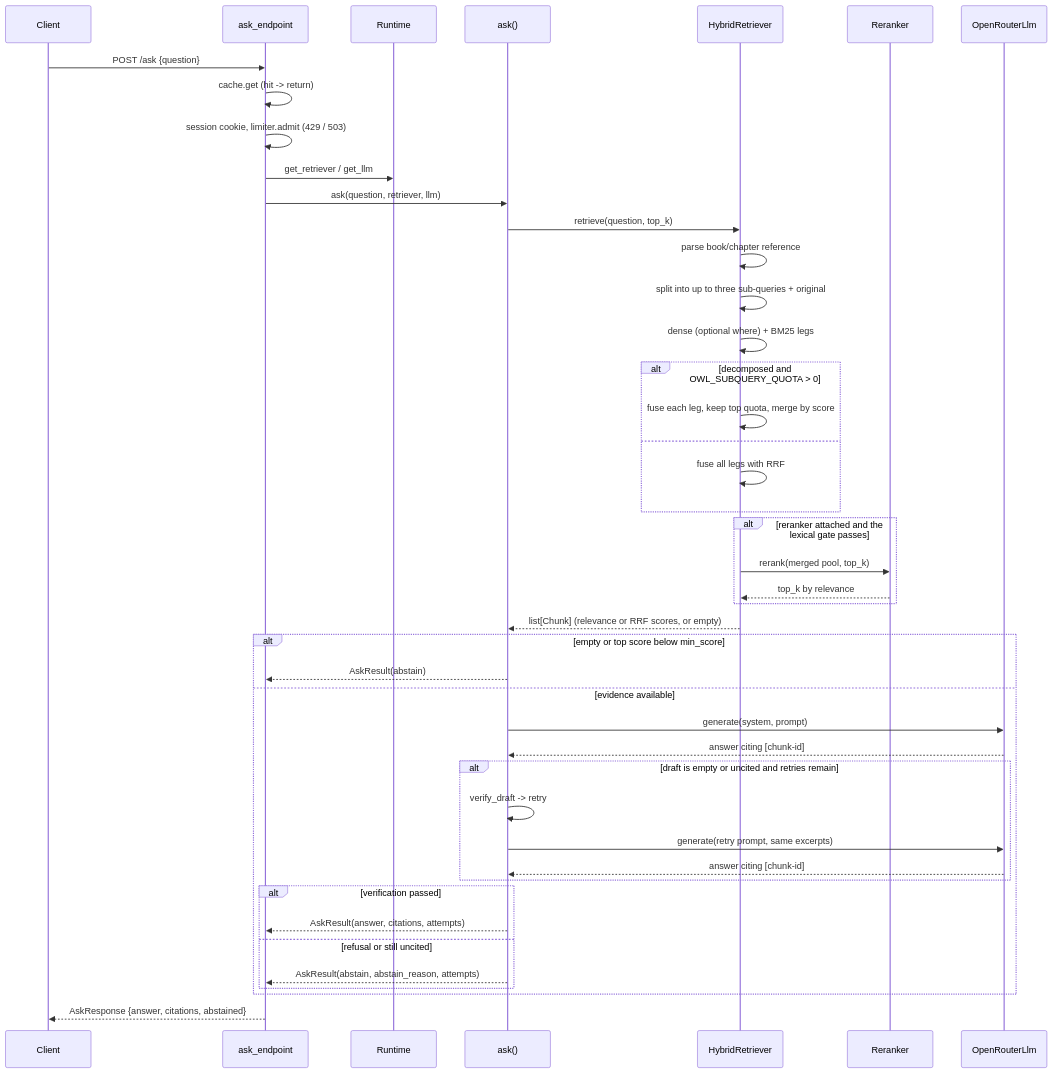
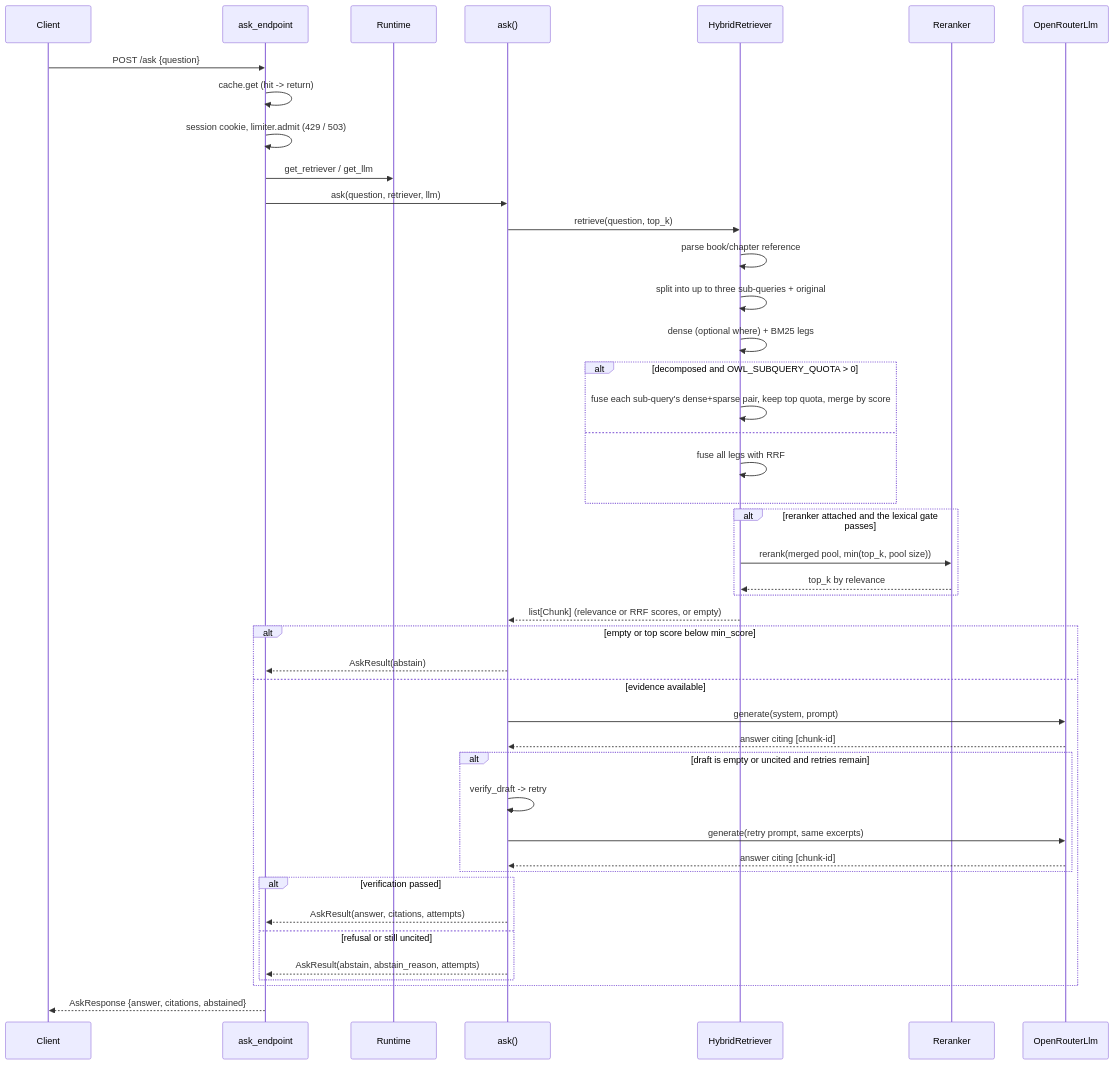
The third of 5 diagrams in docs/architecture.md (monitus2022/owl-online), drawn with Mermaid before and after one commit. The commit also changed 6 other files, not shown here.

````diff
--- a/docs/architecture.md
+++ b/docs/architecture.md
@@ -181,47 +181,47 @@
 ```mermaid
 sequenceDiagram
   participant C as Client
   participant API as ask_endpoint
   participant R as Runtime
   participant A as ask()
   participant RET as HybridRetriever
   participant RR as Reranker
   participant LLM as OpenRouterLlm
 
   C->>API: POST /ask {question}
   API->>API: cache.get (hit -> return)
   API->>API: session cookie, limiter.admit (429 / 503)
   API->>R: get_retriever / get_llm
   API->>A: ask(question, retriever, llm)
   A->>RET: retrieve(question, top_k)
   RET->>RET: parse book/chapter reference
   RET->>RET: split into up to three sub-queries + original
   RET->>RET: dense (optional where) + BM25 legs
   alt decomposed and OWL_SUBQUERY_QUOTA > 0
-    RET->>RET: fuse each leg, keep top quota, merge by score
+    RET->>RET: fuse each sub-query's dense+sparse pair, keep top quota, merge by score
   else
     RET->>RET: fuse all legs with RRF
   end
   alt reranker attached and the lexical gate passes
-    RET->>RR: rerank(merged pool, top_k)
+    RET->>RR: rerank(merged pool, min(top_k, pool size))
     RR-->>RET: top_k by relevance
   end
   RET-->>A: list[Chunk] (relevance or RRF scores, or empty)
   alt empty or top score below min_score
     A-->>API: AskResult(abstain)
   else evidence available
     A->>LLM: generate(system, prompt)
     LLM-->>A: answer citing [chunk-id]
     alt draft is empty or uncited and retries remain
       A->>A: verify_draft -> retry
       A->>LLM: generate(retry prompt, same excerpts)
       LLM-->>A: answer citing [chunk-id]
     end
     alt verification passed
       A-->>API: AskResult(answer, citations, attempts)
     else refusal or still uncited
       A-->>API: AskResult(abstain, abstain_reason, attempts)
     end
   end
   API-->>C: AskResponse {answer, citations, abstained}
 ```
````
